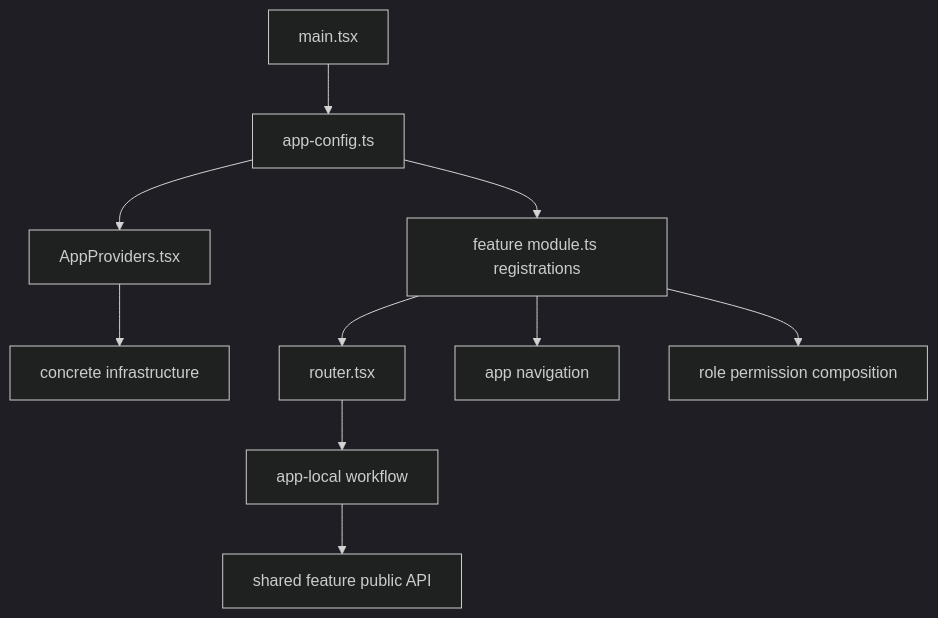
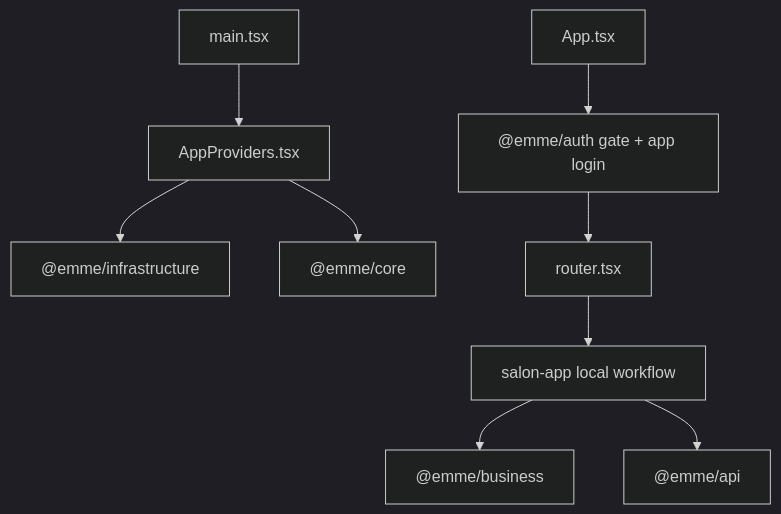
One commit to migangdelzar/emme-web changed the diagram in docs/architecture/00-project/app-shell-structure.md. Above: the diagram before and after it, drawn with Mermaid (dark theme). The commit also changed other lines of this file and 266 other files, not shown here.

Commit message:
refactor(architecture): make salon the current product app

````diff
--- a/docs/architecture/00-project/app-shell-structure.md
+++ b/docs/architecture/00-project/app-shell-structure.md
@@ -141,12 +68,11 @@
 ```mermaid
 flowchart TB
-    Main[main.tsx] --> Config[app-config.ts]
-    Config --> Providers[AppProviders.tsx]
-    Config --> Modules["feature module.ts registrations"]
-    Providers --> Infrastructure["concrete infrastructure"]
-    Modules --> Routes[router.tsx]
-    Modules --> Navigation[app navigation]
-    Modules --> Permissions[role permission composition]
-    Routes --> Workflow[app-local workflow]
-    Workflow --> FeatureAPI[shared feature public API]
+    Main[main.tsx] --> Providers[AppProviders.tsx]
+    Providers --> Infra["@emme/infrastructure"]
+    Providers --> Core["@emme/core"]
+    App[App.tsx] --> Auth["@emme/auth gate + app login"]
+    Auth --> Routes[router.tsx]
+    Routes --> Salon["salon-app local workflow"]
+    Salon --> Business["@emme/business"]
+    Salon --> API["@emme/api"]
 ```
````
